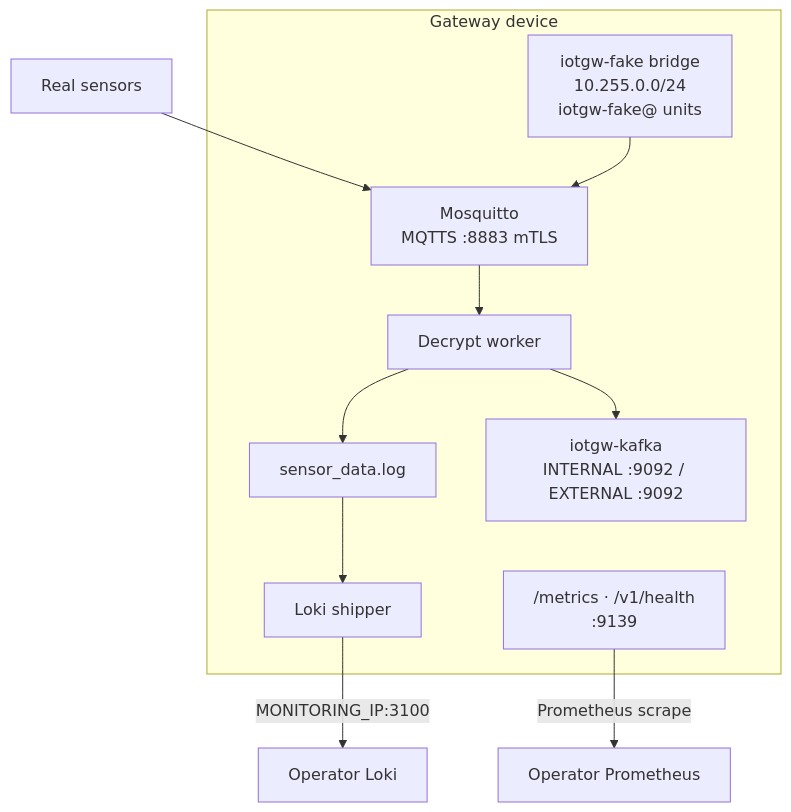
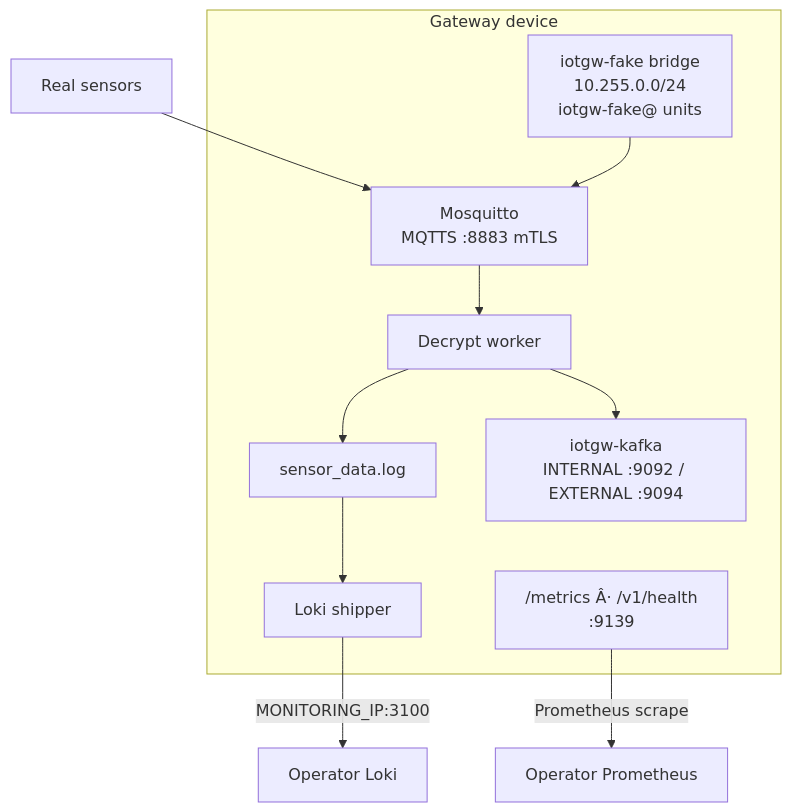
One commit to ngmibach/iot-gateway changed the third of 8 diagrams in docs/architecture.md. Above: the diagram before and after it, drawn with Mermaid. The commit also changed other lines of this file and 5 other files, not shown here.

First line of the commit message:
fix(windows): Kafka EXTERNAL listener on :9094 (not shared :9092)

````diff
--- a/docs/architecture.md
+++ b/docs/architecture.md
@@ -81,21 +81,21 @@
 ```mermaid
 flowchart TB
   subgraph Gateway["Gateway device"]
     MOSQ["Mosquitto\nMQTTS :8883 mTLS"]
     DEC["Decrypt worker"]
     LOG["sensor_data.log"]
-    KAFKA["iotgw-kafka\nINTERNAL :9092 / EXTERNAL :9092"]
+    KAFKA["iotgw-kafka\nINTERNAL :9092 / EXTERNAL :9094"]
     SHIP["Loki shipper"]
-    MET["/metrics · /v1/health\n:9139"]
+    MET["/metrics Â· /v1/health\n:9139"]
     FAKE["iotgw-fake bridge\n10.255.0.0/24\niotgw-fake@ units"]
   end
 
   SENSORS["Real sensors"] --> MOSQ
   FAKE --> MOSQ
   MOSQ --> DEC
   DEC --> LOG
   DEC --> KAFKA
   LOG --> SHIP
   SHIP -->|"MONITORING_IP:3100"| LOKI["Operator Loki"]
   MET -->|"Prometheus scrape"| PROM["Operator Prometheus"]
 ```
````
